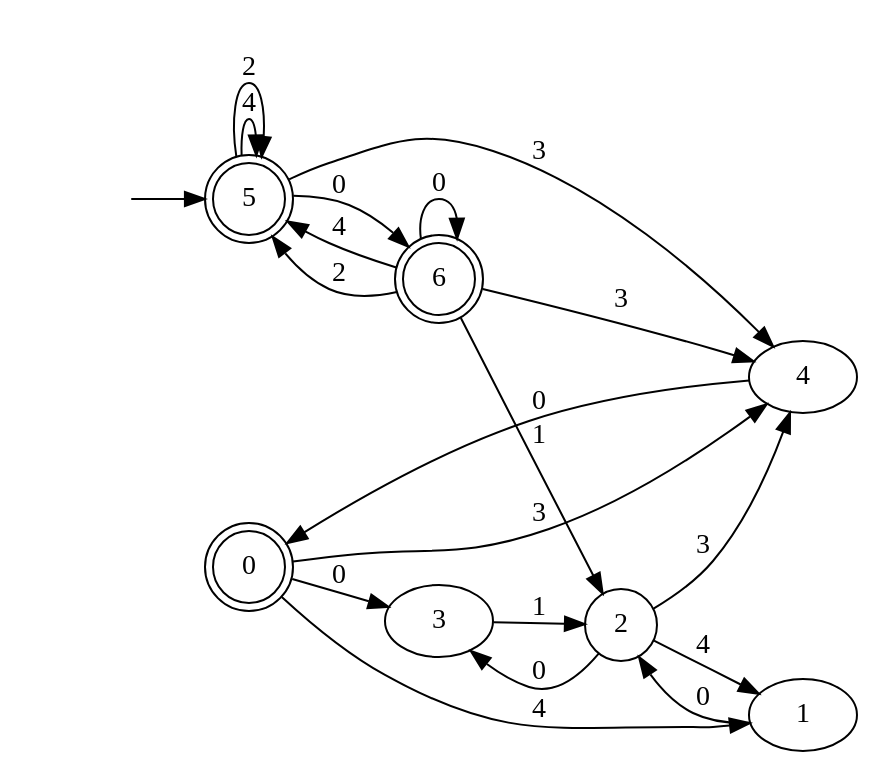
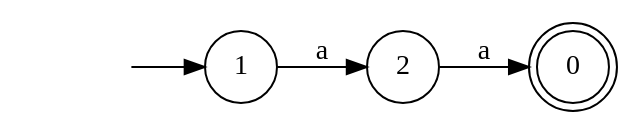
One commit to Faymiaouent/Automa4U changed the diagram in dotfiles/DFA3.dot. Above: the diagram before and after it, drawn with Graphviz. The commit also changed 42 other files, not shown here.

```diff
--- a/dotfiles/DFA3.dot
+++ b/dotfiles/DFA3.dot
@@ -1,30 +1,10 @@
 digraph Automaton {
   rankdir = LR;
 0 [shape=doublecircle]; 
-  0 -> 3 [label="0"];
-  0 -> 1 [label="4"];
-  0 -> 4 [label="3"];
 node [shape=circle];
-  1 -> 2 [label="0"];
+  initial [shape=plaintext,label=""];
+  initial -> 1
+  1 -> 2 [label="a"];
 node [shape=circle];
-  2 -> 3 [label="0"];
-  2 -> 1 [label="4"];
-  2 -> 4 [label="3"];
-node [shape=circle];
-  3 -> 2 [label="1"];
-node [shape=circle];
-  4 -> 0 [label="0"];
-5 [shape=doublecircle]; 
-  initial [shape=plaintext,label=""];
-  initial -> 5
-  5 -> 6 [label="0"];
-  5 -> 5 [label="4"];
-  5 -> 5 [label="2"];
-  5 -> 4 [label="3"];
-6 [shape=doublecircle]; 
-  6 -> 6 [label="0"];
-  6 -> 5 [label="4"];
-  6 -> 2 [label="1"];
-  6 -> 5 [label="2"];
-  6 -> 4 [label="3"];
+  2 -> 0 [label="a"];
 }
```
